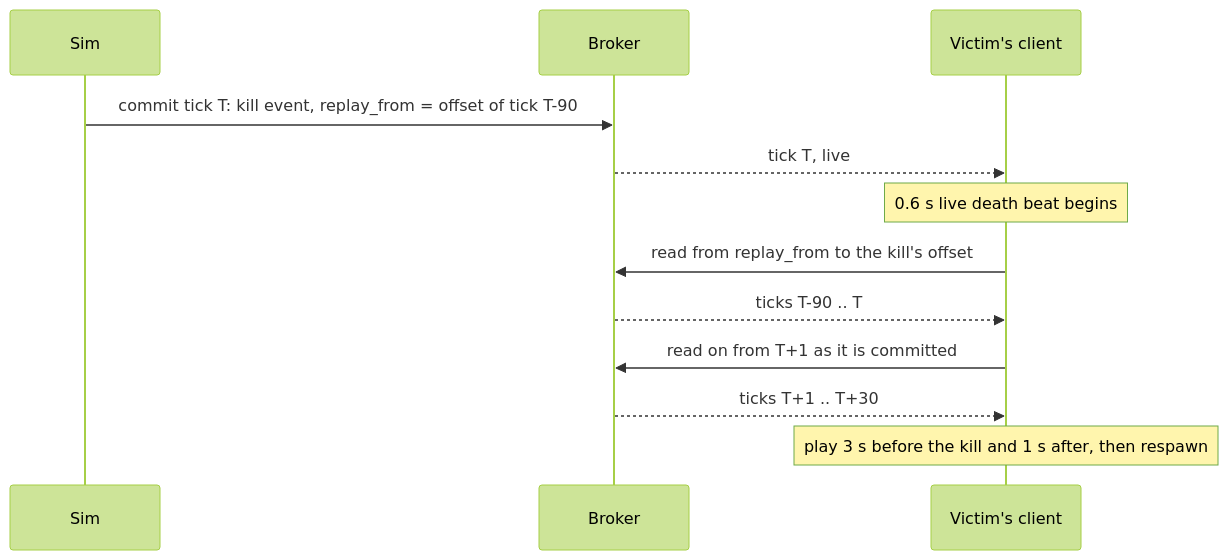
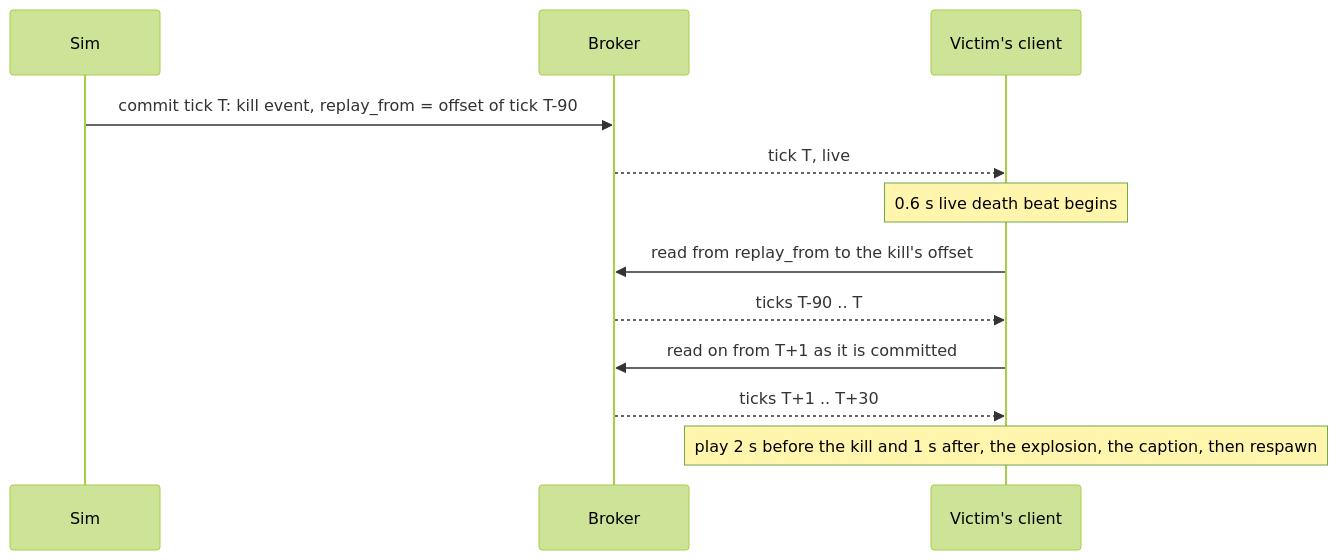
Before and after one commit to GetFelix/felix-arena: the third of 3 diagrams in docs/design.md, drawn with Mermaid (forest theme). The commit also changed other lines of this file and 7 other files, not shown here.

First line of the commit message:
Kill cam: end on the explosion and who destroyed whom; no marker on a dead killer (#79)

````diff
--- a/docs/design.md
+++ b/docs/design.md
@@ -471,14 +471,14 @@
 ```mermaid
 sequenceDiagram
     participant S as Sim
     participant B as Broker
     participant V as Victim's client
     S->>B: commit tick T: kill event, replay_from = offset of tick T-90
     B-->>V: tick T, live
     Note over V: 0.6 s live death beat begins
     V->>B: read from replay_from to the kill's offset
     B-->>V: ticks T-90 .. T
     V->>B: read on from T+1 as it is committed
     B-->>V: ticks T+1 .. T+30
-    Note over V: play 3 s before the kill and 1 s after, then respawn
+    Note over V: play 2 s before the kill and 1 s after, the explosion, the caption, then respawn
 ```
````
